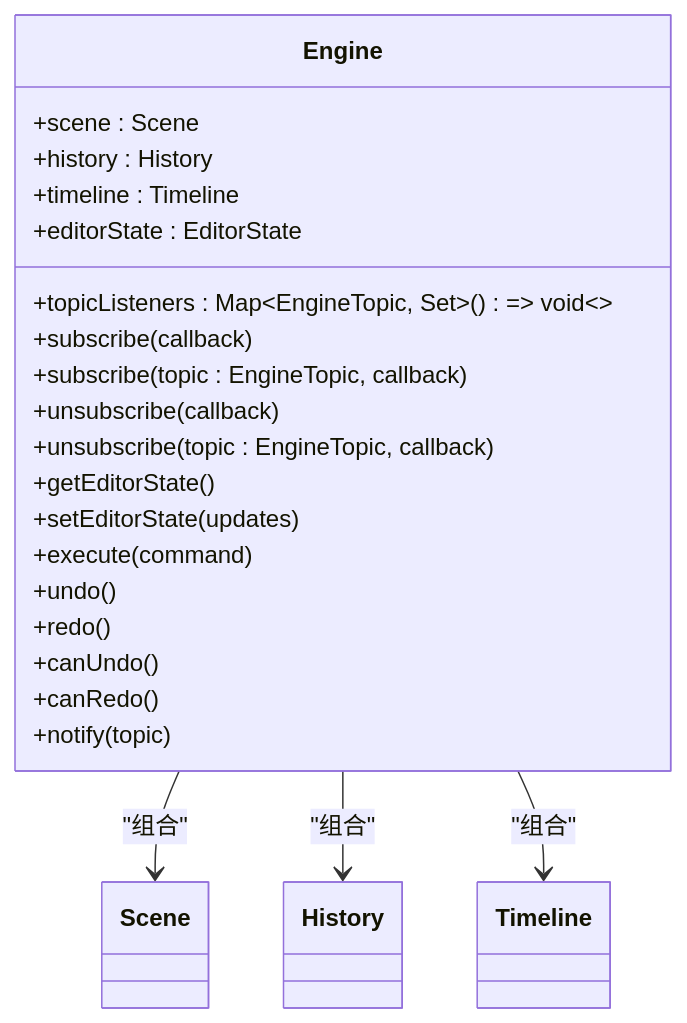
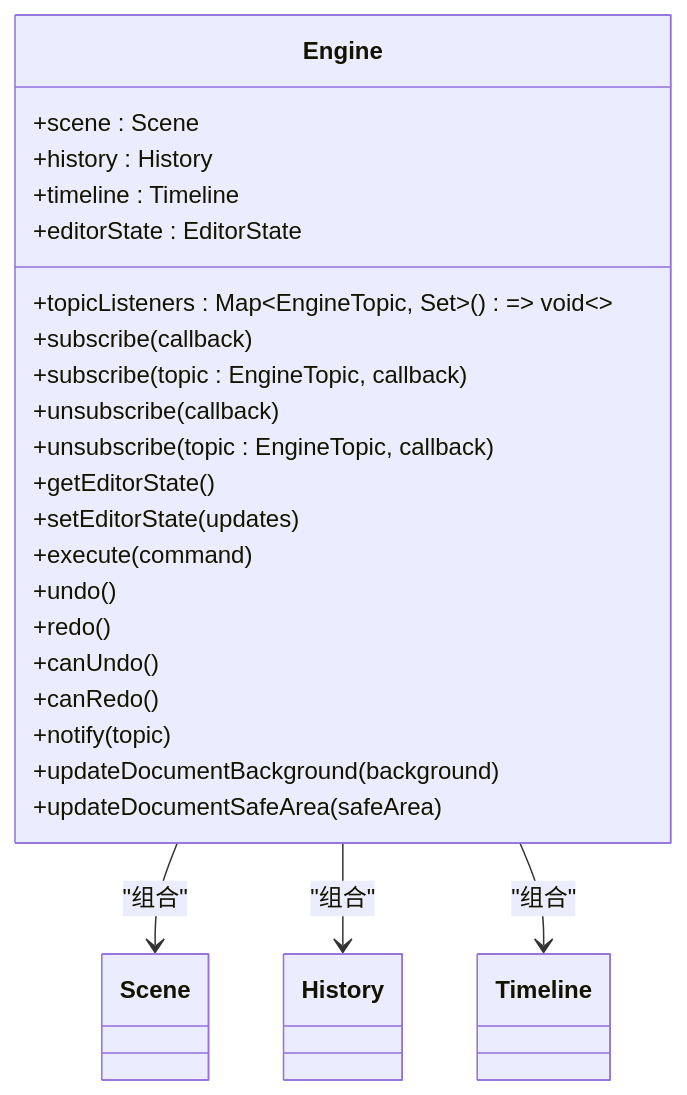
The third of 9 diagrams in .qoder/repowiki/zh/content/引擎系统/引擎系统.md (Anna0314zy/ai_editor_enginer), drawn with Mermaid before and after one commit. The commit also changed other lines of this file and 12 other files, not shown here.

Commit message:
Feat: 增加图形

````diff
--- a/.qoder/repowiki/zh/content/引擎系统/引擎系统.md
+++ b/.qoder/repowiki/zh/content/引擎系统/引擎系统.md
@@ -258,28 +283,30 @@
 ```mermaid
 classDiagram
 class Engine {
 +scene : Scene
 +history : History
 +timeline : Timeline
 +editorState : EditorState
 +topicListeners : Map~EngineTopic, Set~() => void~~
 +subscribe(callback)
 +subscribe(topic : EngineTopic, callback)
 +unsubscribe(callback)
 +unsubscribe(topic : EngineTopic, callback)
 +getEditorState()
 +setEditorState(updates)
 +execute(command)
 +undo()
 +redo()
 +canUndo()
 +canRedo()
 +notify(topic)
++updateDocumentBackground(background)
++updateDocumentSafeArea(safeArea)
 }
 class Scene
 class History
 class Timeline
 Engine --> Scene : "组合"
 Engine --> History : "组合"
 Engine --> Timeline : "组合"
 ```
````
